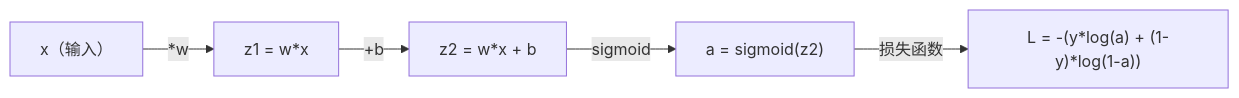
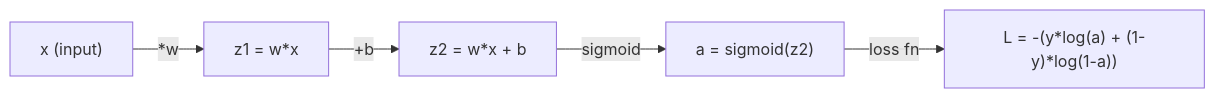
One commit to omigaZen/ai-engineering-from-scratch changed the first of 4 diagrams in phases/01-math-foundations/04-calculus-for-ml/docs/zh.md. Above: the diagram before and after it, drawn with Mermaid. The commit also changed other lines of this file and 32 other files, not shown here.

````diff
--- a/phases/01-math-foundations/04-calculus-for-ml/docs/zh.md
+++ b/phases/01-math-foundations/04-calculus-for-ml/docs/zh.md
@@ -333,7 +337,7 @@
 ```mermaid
 graph LR
-    x["x（输入）"] -->|"*w"| z1["z1 = w*x"]
+    x["x (input)"] -->|"*w"| z1["z1 = w*x"]
     z1 -->|"+b"| z2["z2 = w*x + b"]
     z2 -->|"sigmoid"| a["a = sigmoid(z2)"]
-    a -->|"损失函数"| L["L = -(y*log(a) + (1-y)*log(1-a))"]
+    a -->|"loss fn"| L["L = -(y*log(a) + (1-y)*log(1-a))"]
 ```
````
